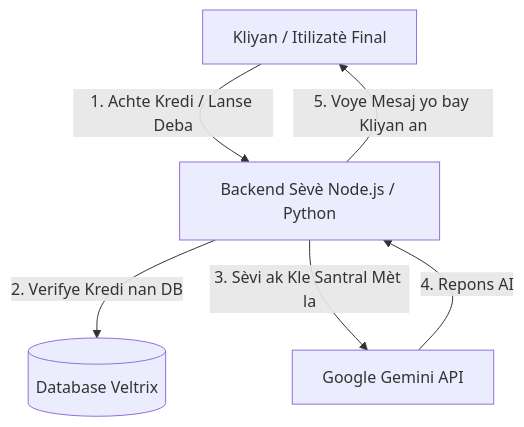
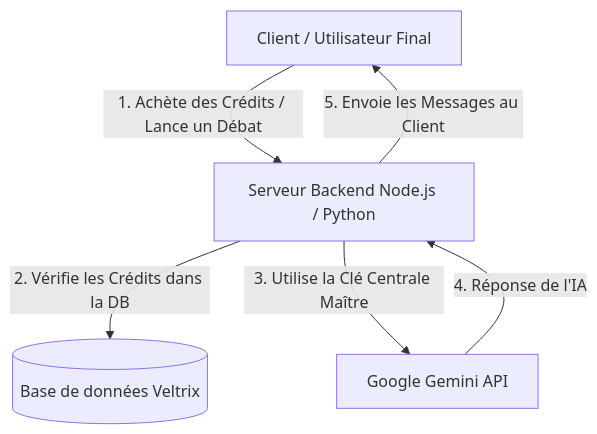
Before and after one commit to toogee/Veltrix: the diagram in veltrix_architecture_api.md, drawn with Mermaid. The commit also changed other lines of this file and 2 other files, not shown here.

Commit message:
docs: translate architectural and audio plans to French & add ElevenLabs model selection guide

````diff
--- a/veltrix_architecture_api.md
+++ b/veltrix_architecture_api.md
@@ -21,8 +21,8 @@
 ```mermaid
 graph TD
-    Client[Kliyan / Itilizatè Final] -->|1. Achte Kredi / Lanse Deba| Backend[Backend Sèvè Node.js / Python]
-    Backend -->|2. Verifye Kredi nan DB| DB[(Database Veltrix)]
-    Backend -->|3. Sèvi ak Kle Santral Mèt la| GeminiAPI[Google Gemini API]
-    GeminiAPI -->|4. Repons AI| Backend
-    Backend -->|5. Voye Mesaj yo bay Kliyan an| Client
+    Client[Client / Utilisateur Final] -->|1. Achète des Crédits / Lance un Débat| Backend[Serveur Backend Node.js / Python]
+    Backend -->|2. Vérifie les Crédits dans la DB| DB[(Base de données Veltrix)]
+    Backend -->|3. Utilise la Clé Centrale Maître| GeminiAPI[Google Gemini API]
+    GeminiAPI -->|4. Réponse de l'IA| Backend
+    Backend -->|5. Envoie les Messages au Client| Client
 ```
````
